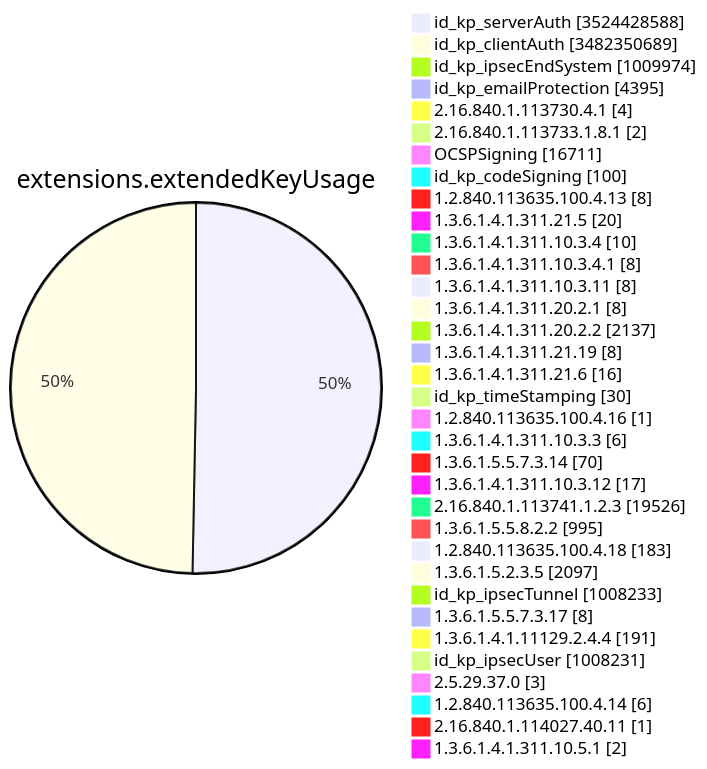
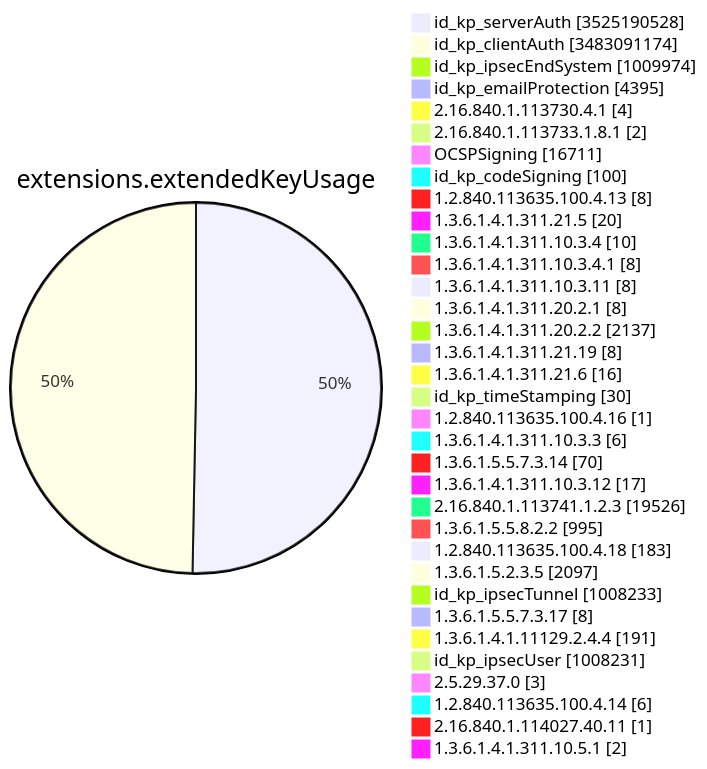
Diagram 11 of 15 in TOTAL/README.md (christiankrug/ctmonitor_visualization), drawn with Mermaid before and after one commit. The commit also changed other lines of this file, not shown here.

````diff
--- a/TOTAL/README.md
+++ b/TOTAL/README.md
@@ -4126,38 +4126,38 @@
 ```mermaid
 pie showData
 title extensions.extendedKeyUsage
-"id_kp_serverAuth" :3524428588
-"id_kp_clientAuth" :3482350689
+"id_kp_serverAuth" :3525190528
+"id_kp_clientAuth" :3483091174
 "id_kp_ipsecEndSystem" :1009974
 "id_kp_emailProtection" :4395
 "2.16.840.1.113730.4.1" :4
 "2.16.840.1.113733.1.8.1" :2
 "OCSPSigning" :16711
 "id_kp_codeSigning" :100
 "1.2.840.113635.100.4.13" :8
 "1.3.6.1.4.1.311.21.5" :20
 "1.3.6.1.4.1.311.10.3.4" :10
 "1.3.6.1.4.1.311.10.3.4.1" :8
 "1.3.6.1.4.1.311.10.3.11" :8
 "1.3.6.1.4.1.311.20.2.1" :8
 "1.3.6.1.4.1.311.20.2.2" :2137
 "1.3.6.1.4.1.311.21.19" :8
 "1.3.6.1.4.1.311.21.6" :16
 "id_kp_timeStamping" :30
 "1.2.840.113635.100.4.16" :1
 "1.3.6.1.4.1.311.10.3.3" :6
 "1.3.6.1.5.5.7.3.14" :70
 "1.3.6.1.4.1.311.10.3.12" :17
 "2.16.840.1.113741.1.2.3" :19526
 "1.3.6.1.5.5.8.2.2" :995
 "1.2.840.113635.100.4.18" :183
 "1.3.6.1.5.2.3.5" :2097
 "id_kp_ipsecTunnel" :1008233
 "1.3.6.1.5.5.7.3.17" :8
 "1.3.6.1.4.1.11129.2.4.4" :191
 "id_kp_ipsecUser" :1008231
 "2.5.29.37.0" :3
 "1.2.840.113635.100.4.14" :6
 "2.16.840.1.114027.40.11" :1
 "1.3.6.1.4.1.311.10.5.1" :2
 ```
````
